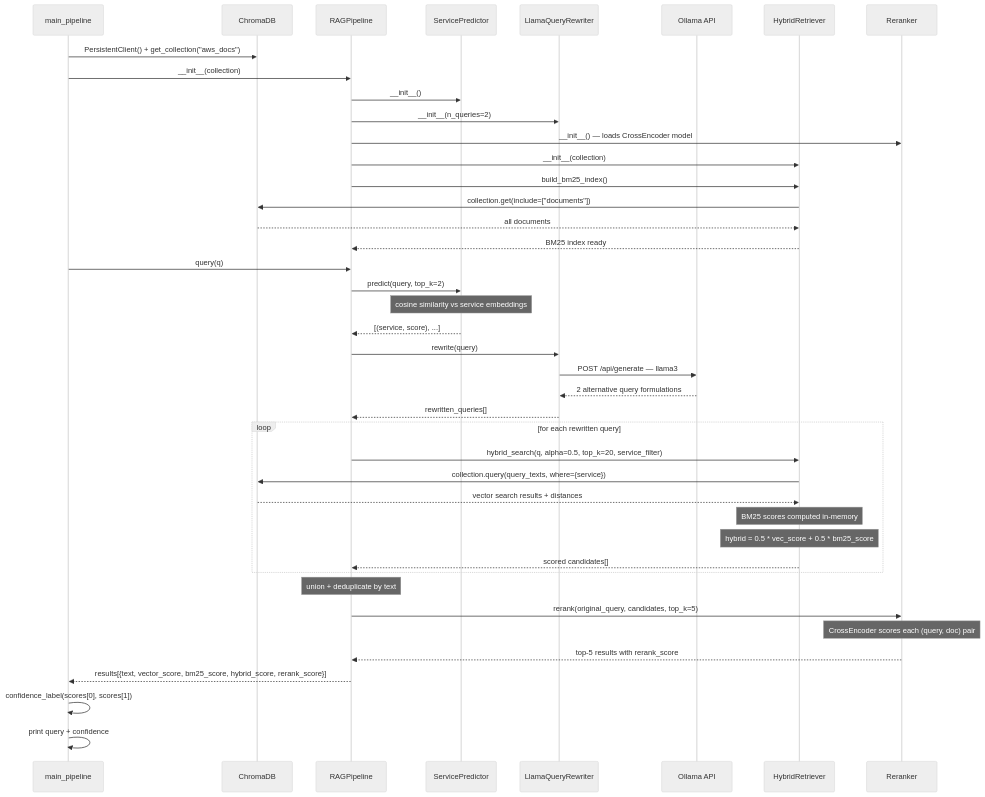
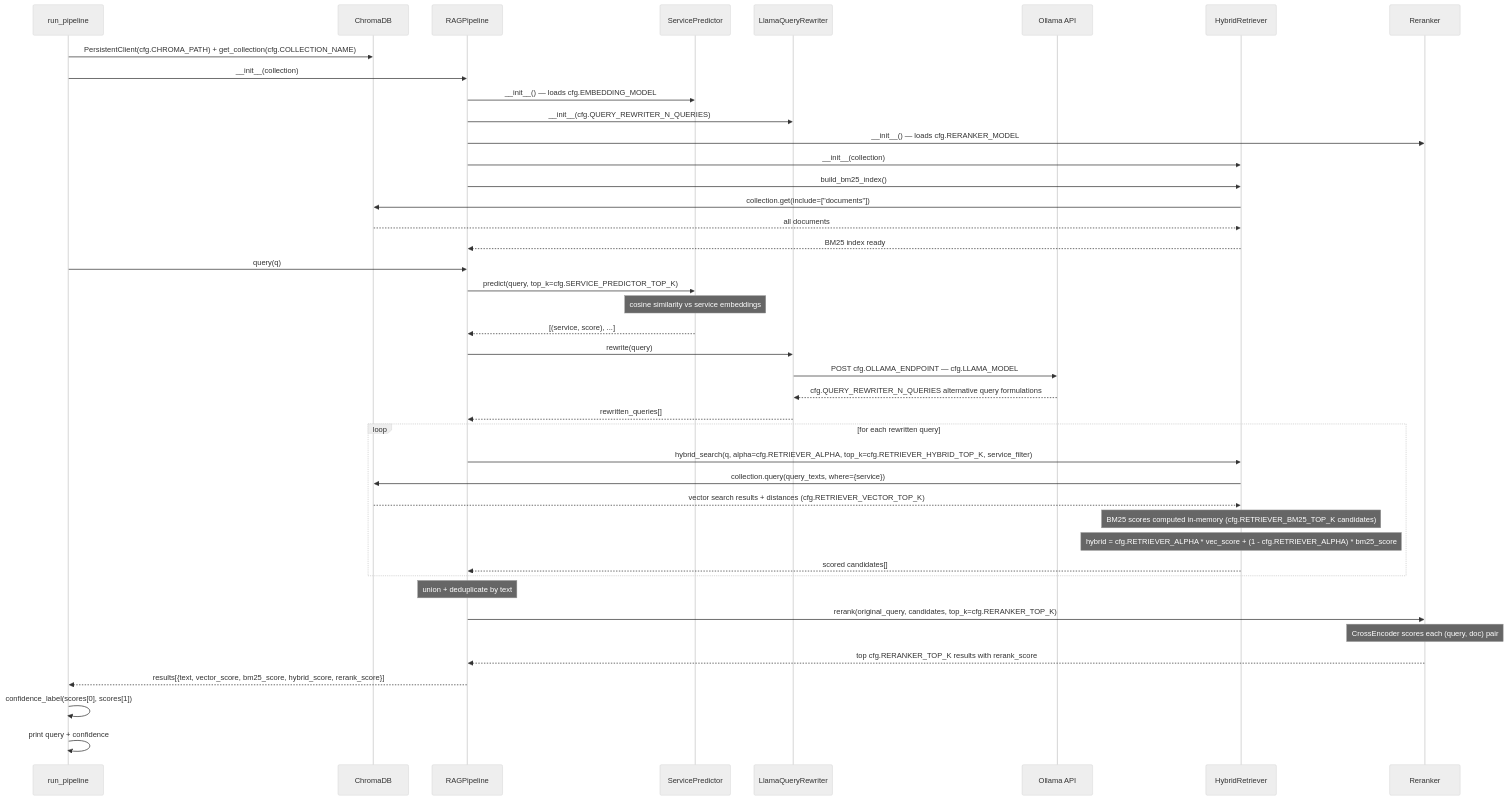
Before and after one commit to shijujt/total-recall: the diagram in docs/seq_pipeline.mmd, drawn with Mermaid (neutral theme). The commit also changed 4 other files, not shown here.

First line of the commit message:
Update Mermaid diagrams to reflect restructured project

```diff
--- a/docs/seq_pipeline.mmd
+++ b/docs/seq_pipeline.mmd
@@ -1,50 +1,50 @@
 sequenceDiagram
-    participant Script as main_pipeline
+    participant Script as run_pipeline
     participant Chroma as ChromaDB
     participant Pipeline as RAGPipeline
     participant SP as ServicePredictor
     participant QR as LlamaQueryRewriter
     participant Ollama as Ollama API
     participant HR as HybridRetriever
     participant RR as Reranker
 
-    Script->>Chroma: PersistentClient() + get_collection("aws_docs")
+    Script->>Chroma: PersistentClient(cfg.CHROMA_PATH) + get_collection(cfg.COLLECTION_NAME)
     Script->>Pipeline: __init__(collection)
-    Pipeline->>SP: __init__()
-    Pipeline->>QR: __init__(n_queries=2)
-    Pipeline->>RR: __init__() — loads CrossEncoder model
+    Pipeline->>SP: __init__() — loads cfg.EMBEDDING_MODEL
+    Pipeline->>QR: __init__(cfg.QUERY_REWRITER_N_QUERIES)
+    Pipeline->>RR: __init__() — loads cfg.RERANKER_MODEL
     Pipeline->>HR: __init__(collection)
     Pipeline->>HR: build_bm25_index()
     HR->>Chroma: collection.get(include=["documents"])
     Chroma-->>HR: all documents
     HR-->>Pipeline: BM25 index ready
 
     Script->>Pipeline: query(q)
 
-    Pipeline->>SP: predict(query, top_k=2)
+    Pipeline->>SP: predict(query, top_k=cfg.SERVICE_PREDICTOR_TOP_K)
     Note over SP: cosine similarity vs service embeddings
     SP-->>Pipeline: [(service, score), ...]
 
     Pipeline->>QR: rewrite(query)
-    QR->>Ollama: POST /api/generate — llama3
-    Ollama-->>QR: 2 alternative query formulations
+    QR->>Ollama: POST cfg.OLLAMA_ENDPOINT — cfg.LLAMA_MODEL
+    Ollama-->>QR: cfg.QUERY_REWRITER_N_QUERIES alternative query formulations
     QR-->>Pipeline: rewritten_queries[]
 
     loop for each rewritten query
-        Pipeline->>HR: hybrid_search(q, alpha=0.5, top_k=20, service_filter)
+        Pipeline->>HR: hybrid_search(q, alpha=cfg.RETRIEVER_ALPHA, top_k=cfg.RETRIEVER_HYBRID_TOP_K, service_filter)
         HR->>Chroma: collection.query(query_texts, where={service})
-        Chroma-->>HR: vector search results + distances
-        Note over HR: BM25 scores computed in-memory
-        Note over HR: hybrid = 0.5 * vec_score + 0.5 * bm25_score
+        Chroma-->>HR: vector search results + distances (cfg.RETRIEVER_VECTOR_TOP_K)
+        Note over HR: BM25 scores computed in-memory (cfg.RETRIEVER_BM25_TOP_K candidates)
+        Note over HR: hybrid = cfg.RETRIEVER_ALPHA * vec_score + (1 - cfg.RETRIEVER_ALPHA) * bm25_score
         HR-->>Pipeline: scored candidates[]
     end
 
     Note over Pipeline: union + deduplicate by text
 
-    Pipeline->>RR: rerank(original_query, candidates, top_k=5)
+    Pipeline->>RR: rerank(original_query, candidates, top_k=cfg.RERANKER_TOP_K)
     Note over RR: CrossEncoder scores each (query, doc) pair
-    RR-->>Pipeline: top-5 results with rerank_score
+    RR-->>Pipeline: top cfg.RERANKER_TOP_K results with rerank_score
 
     Pipeline-->>Script: results[{text, vector_score, bm25_score, hybrid_score, rerank_score}]
     Script->>Script: confidence_label(scores[0], scores[1])
     Script->>Script: print query + confidence
```
